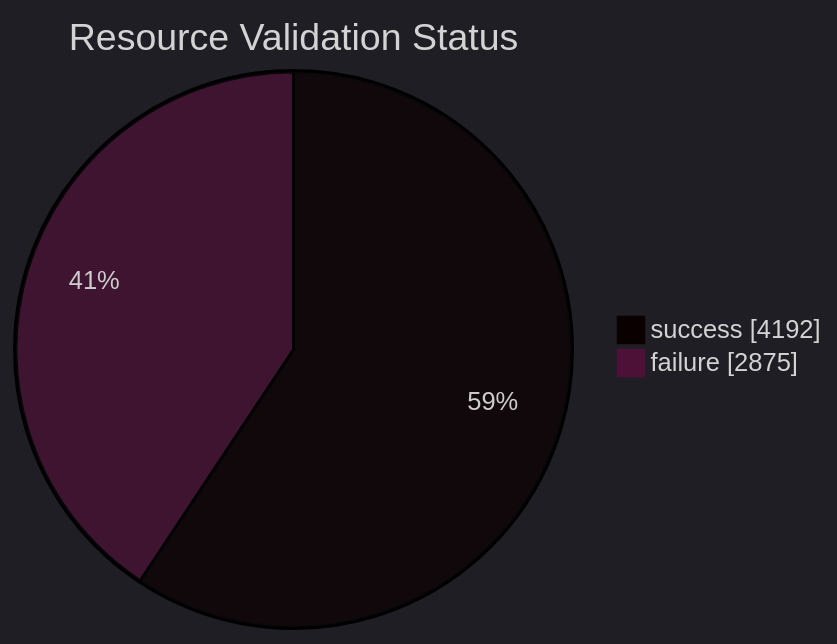
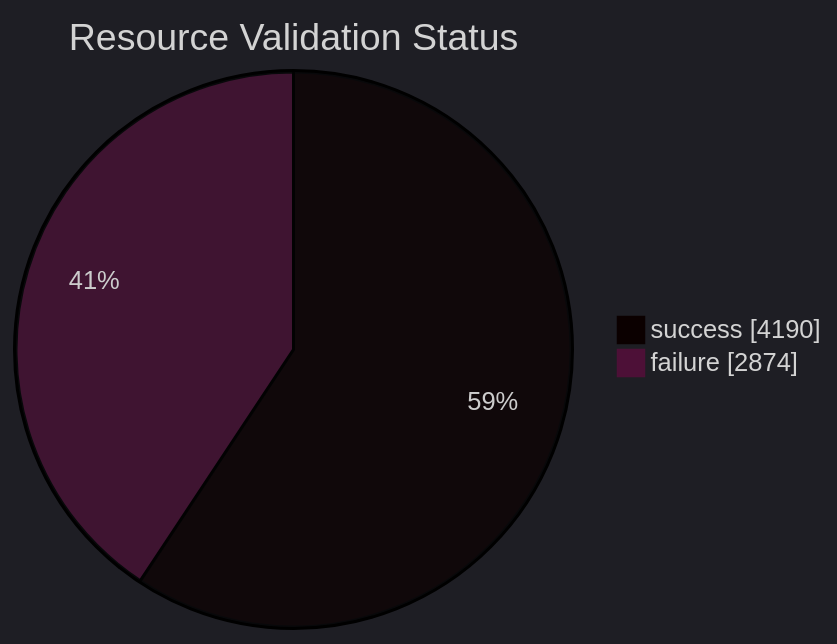
The diagram in datastore_tracker/resource_validation_status_pie_chart.md (open-data/analytics-corporate-reporting), drawn with Mermaid before and after one commit. The commit also changed 11 other files, not shown here.

````diff
--- a/datastore_tracker/resource_validation_status_pie_chart.md
+++ b/datastore_tracker/resource_validation_status_pie_chart.md
@@ -2,9 +2,9 @@
 ```mermaid
 ---
 config:
   theme: dark
 ---
 pie showData title Resource Validation Status
-    "success": 4192
-    "failure": 2875
+    "success": 4190
+    "failure": 2874
 ```
````
